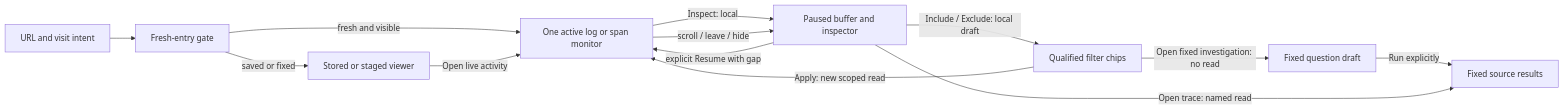
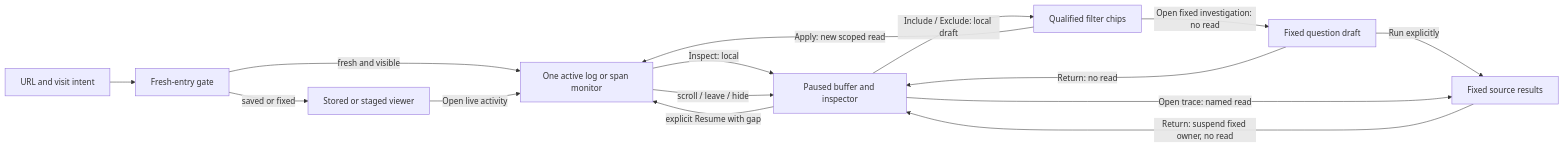
One commit to casselc/goo changed the diagram in docs/LIVE_ACTIVITY.md. Above: the diagram before and after it, drawn with Mermaid. The commit also changed other lines of this file and 29 other files, not shown here.

````diff
--- a/docs/LIVE_ACTIVITY.md
+++ b/docs/LIVE_ACTIVITY.md
@@ -40,15 +40,17 @@
 ```mermaid
 flowchart LR
   URL[URL and visit intent] --> Gate[Fresh-entry gate]
   Gate -->|fresh and visible| Monitor[One active log or span monitor]
   Gate -->|saved or fixed| Fixed[Stored or staged viewer]
   Monitor -->|Inspect: local| Held[Paused buffer and inspector]
   Monitor -->|scroll / leave / hide| Held
   Held -->|explicit Resume with gap| Monitor
   Held -->|Include / Exclude: local draft| Draft[Qualified filter chips]
   Draft -->|Apply: new scoped read| Monitor
   Draft -->|Open fixed investigation: no read| Staged[Fixed question draft]
   Staged -->|Run explicitly| Context[Fixed source results]
+  Staged -->|Return: no read| Held
+  Context -->|Return: suspend fixed owner, no read| Held
   Held -->|Open trace: named read| Context
   Fixed -->|Open live activity| Monitor
 ```
````
